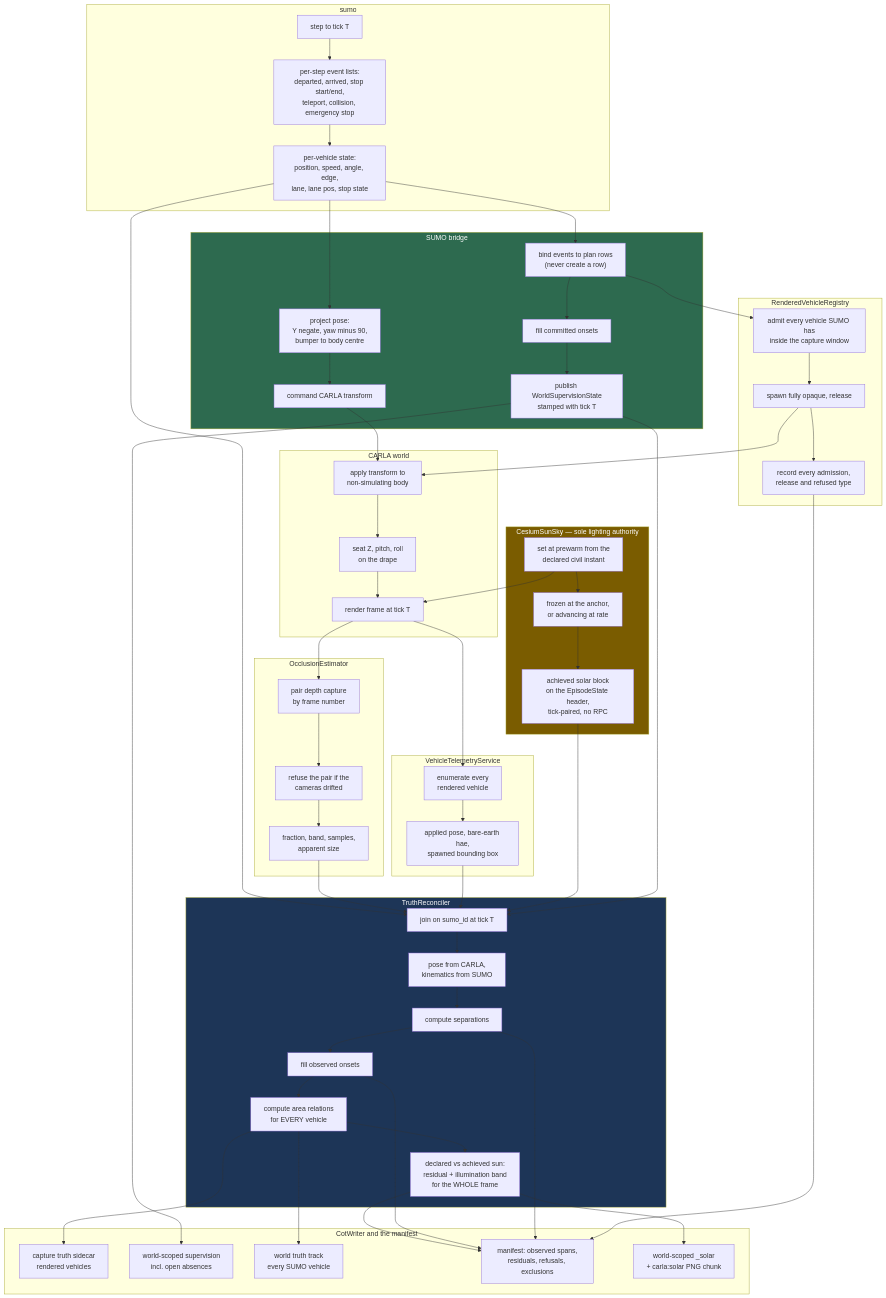
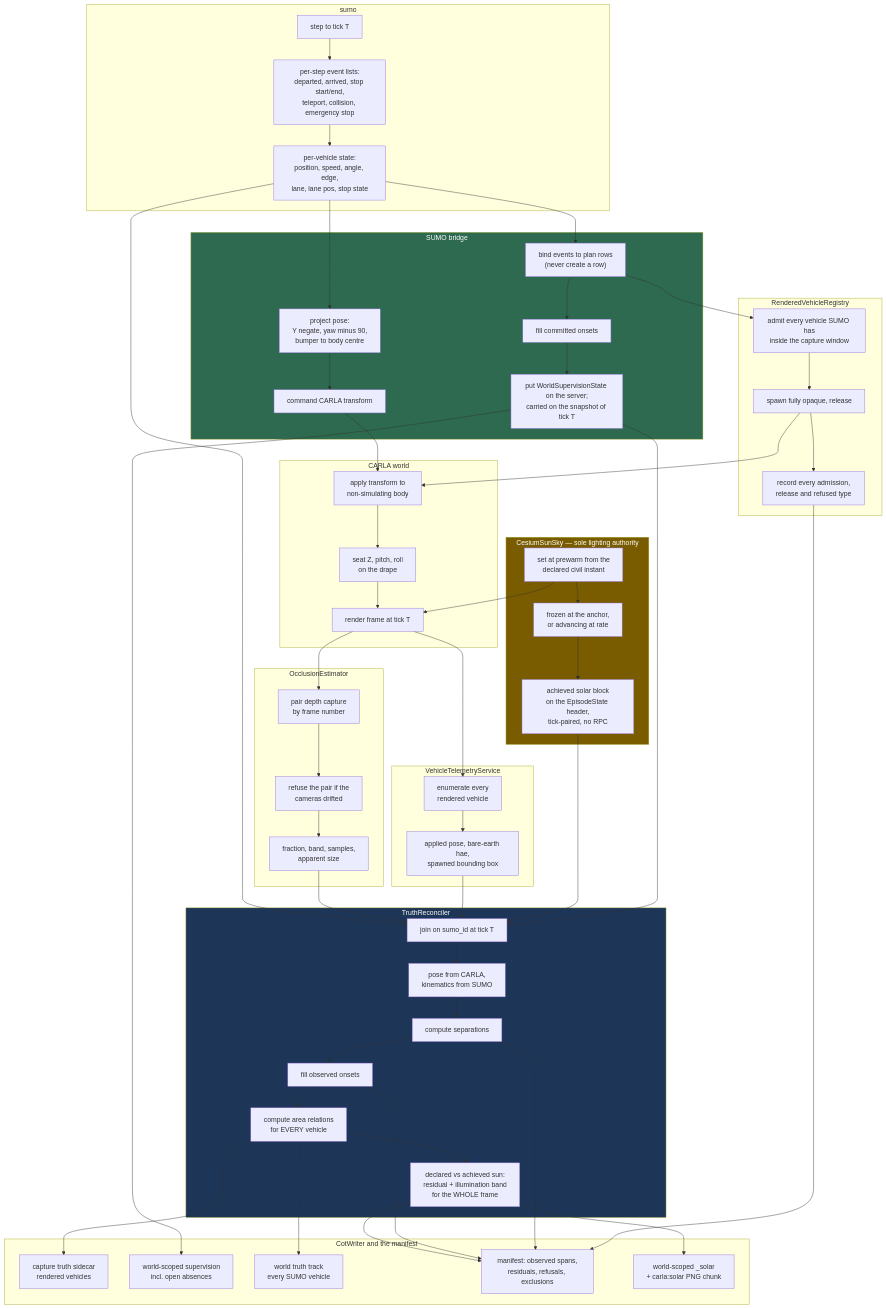
One commit to sbrett9/carla changed the fifth of 5 diagrams in Docs/CAT_Research/Plans/SUMO_Behavioral_Capture/06_Truth_And_Annotation.md. Above: the diagram before and after it, drawn with Mermaid. The commit also changed other lines of this file and 34 other files, not shown here.

````diff
--- a/Docs/CAT_Research/Plans/SUMO_Behavioral_Capture/06_Truth_And_Annotation.md
+++ b/Docs/CAT_Research/Plans/SUMO_Behavioral_Capture/06_Truth_And_Annotation.md
@@ -2922,79 +2967,79 @@
 ```mermaid
 flowchart TB
     subgraph L1["sumo"]
         A1["step to tick T"] --> A2["per-step event lists:<br/>departed, arrived, stop start/end,<br/>teleport, collision, emergency stop"]
         A2 --> A3["per-vehicle state:<br/>position, speed, angle, edge,<br/>lane, lane pos, stop state"]
     end
 
     subgraph L2["SUMO bridge"]
         B1["bind events to plan rows<br/>(never create a row)"] --> B2["fill committed onsets"]
-        B2 --> B3["publish WorldSupervisionState<br/>stamped with tick T"]
+        B2 --> B3["put WorldSupervisionState on the server;<br/>carried on the snapshot of tick T"]
         B4["project pose:<br/>Y negate, yaw minus 90,<br/>bumper to body centre"] --> B5["command CARLA transform"]
     end
 
     subgraph L3["RenderedVehicleRegistry"]
         C1["admit every vehicle SUMO has<br/>inside the capture window"] --> C2["spawn fully opaque, release"]
         C2 --> C3["record every admission,<br/>release and refused type"]
     end
 
     subgraph L4["CARLA world"]
         D1["apply transform to<br/>non-simulating body"] --> D2["seat Z, pitch, roll<br/>on the drape"]
         D2 --> D3["render frame at tick T"]
     end
 
     subgraph L4b["CesiumSunSky — sole lighting authority"]
         S1["set at prewarm from the<br/>declared civil instant"] --> S2["frozen at the anchor,<br/>or advancing at rate"]
         S2 --> S3["achieved solar block<br/>on the EpisodeState header,<br/>tick-paired, no RPC"]
     end
 
     subgraph L5["VehicleTelemetryService"]
         E1["enumerate every<br/>rendered vehicle"] --> E2["applied pose, bare-earth hae,<br/>spawned bounding box"]
     end
 
     subgraph L6["OcclusionEstimator"]
         F1["pair depth capture<br/>by frame number"] --> F2["refuse the pair if the<br/>cameras drifted"]
         F2 --> F3["fraction, band, samples,<br/>apparent size"]
     end
 
     subgraph L7["TruthReconciler"]
         G1["join on sumo_id at tick T"] --> G2["pose from CARLA,<br/>kinematics from SUMO"]
         G2 --> G3["compute separations"]
         G3 --> G4["fill observed onsets"]
         G4 --> G5["compute area relations<br/>for EVERY vehicle"]
         G5 --> G6["declared vs achieved sun:<br/>residual + illumination band<br/>for the WHOLE frame"]
     end
 
     subgraph L8["CotWriter and the manifest"]
         H1["capture truth sidecar<br/>rendered vehicles"] 
         H2["world-scoped supervision<br/>incl. open absences"]
         H3["world truth track<br/>every SUMO vehicle"]
         H4["manifest: observed spans,<br/>residuals, refusals, exclusions"]
         H5["world-scoped _solar<br/>+ carla:solar PNG chunk"]
     end
 
     A3 --> B1
     A3 --> B4
     B3 --> G1
     B5 --> D1
     B1 --> C1
     C2 --> D1
     C3 --> H4
     S1 --> D3
     S3 --> G1
     D3 --> E1
     D3 --> F1
     E2 --> G1
     F3 --> G1
     A3 --> G1
     G5 --> H1
     G5 --> H3
     B3 --> H2
     G3 --> H4
     G4 --> H4
     G6 --> H5
     G6 --> H4
 
     style L7 fill:#1d3557,color:#ffffff
     style L2 fill:#2d6a4f,color:#ffffff
     style L4b fill:#7a5c00,color:#ffffff
 ```
````
